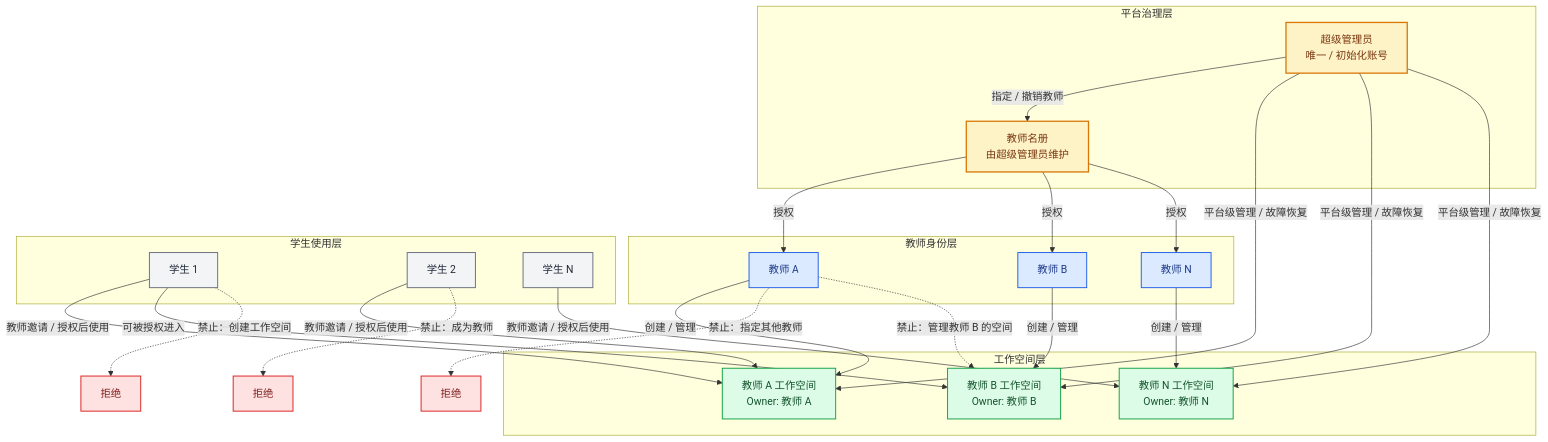
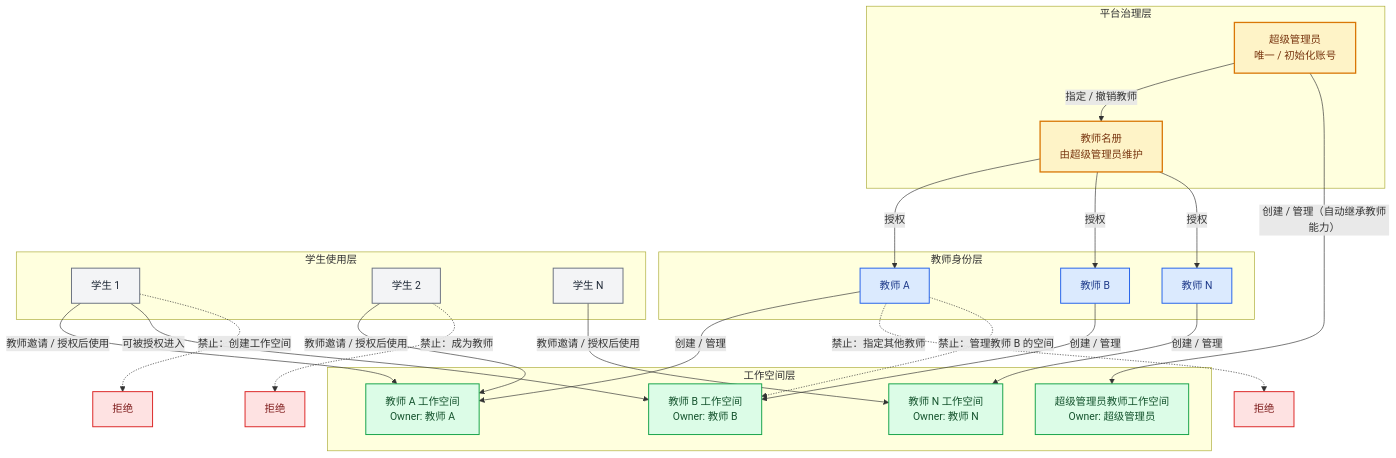
Before and after one commit to jefeerzhang/sicau_weknora: the diagram in docs/教师学生超级管理员组织架构图.md, drawn with Mermaid. The commit also changed other lines of this file and 14 other files, not shown here.

````diff
--- a/docs/教师学生超级管理员组织架构图.md
+++ b/docs/教师学生超级管理员组织架构图.md
@@ -5,56 +5,55 @@
 ```mermaid
 flowchart TB
     subgraph PLATFORM[平台治理层]
         SA[超级管理员\n唯一 / 初始化账号]
         TEACHER_REGISTRY[教师名册\n由超级管理员维护]
         SA -->|指定 / 撤销教师| TEACHER_REGISTRY
     end
 
     subgraph TEACHERS[教师身份层]
         T1[教师 A]
         T2[教师 B]
         TN[教师 N]
         TEACHER_REGISTRY -->|授权| T1
         TEACHER_REGISTRY -->|授权| T2
         TEACHER_REGISTRY -->|授权| TN
     end
 
     subgraph WORKSPACES[工作空间层]
+        WSA[超级管理员教师工作空间\nOwner: 超级管理员]
         W1[教师 A 工作空间\nOwner: 教师 A]
         W2[教师 B 工作空间\nOwner: 教师 B]
         WN[教师 N 工作空间\nOwner: 教师 N]
+        SA -->|创建 / 管理（自动继承教师能力）| WSA
         T1 -->|创建 / 管理| W1
         T2 -->|创建 / 管理| W2
         TN -->|创建 / 管理| WN
-        SA -->|平台级管理 / 故障恢复| W1
-        SA -->|平台级管理 / 故障恢复| W2
-        SA -->|平台级管理 / 故障恢复| WN
     end
 
     subgraph STUDENTS[学生使用层]
         S1[学生 1]
         S2[学生 2]
         SN[学生 N]
         S1 -->|教师邀请 / 授权后使用| W1
         S1 -->|可被授权进入| W2
         S2 -->|教师邀请 / 授权后使用| W1
         SN -->|教师邀请 / 授权后使用| WN
     end
 
     S1 -.->|禁止：创建工作空间| BLOCK1[拒绝]
     S2 -.->|禁止：成为教师| BLOCK2[拒绝]
     T1 -.->|禁止：指定其他教师| BLOCK3[拒绝]
     T1 -.->|禁止：管理教师 B 的空间| W2
 
     classDef super fill:#fef3c7,stroke:#d97706,color:#78350f,stroke-width:2px;
     classDef teacher fill:#dbeafe,stroke:#2563eb,color:#1e3a8a,stroke-width:1.5px;
     classDef workspace fill:#dcfce7,stroke:#16a34a,color:#14532d,stroke-width:1.5px;
     classDef student fill:#f3f4f6,stroke:#6b7280,color:#1f2937,stroke-width:1.5px;
     classDef block fill:#fee2e2,stroke:#dc2626,color:#7f1d1d,stroke-width:1.5px;
 
     class SA,TEACHER_REGISTRY super;
     class T1,T2,TN teacher;
-    class W1,W2,WN workspace;
+    class WSA,W1,W2,WN workspace;
     class S1,S2,SN student;
     class BLOCK1,BLOCK2,BLOCK3 block;
 ```
````
